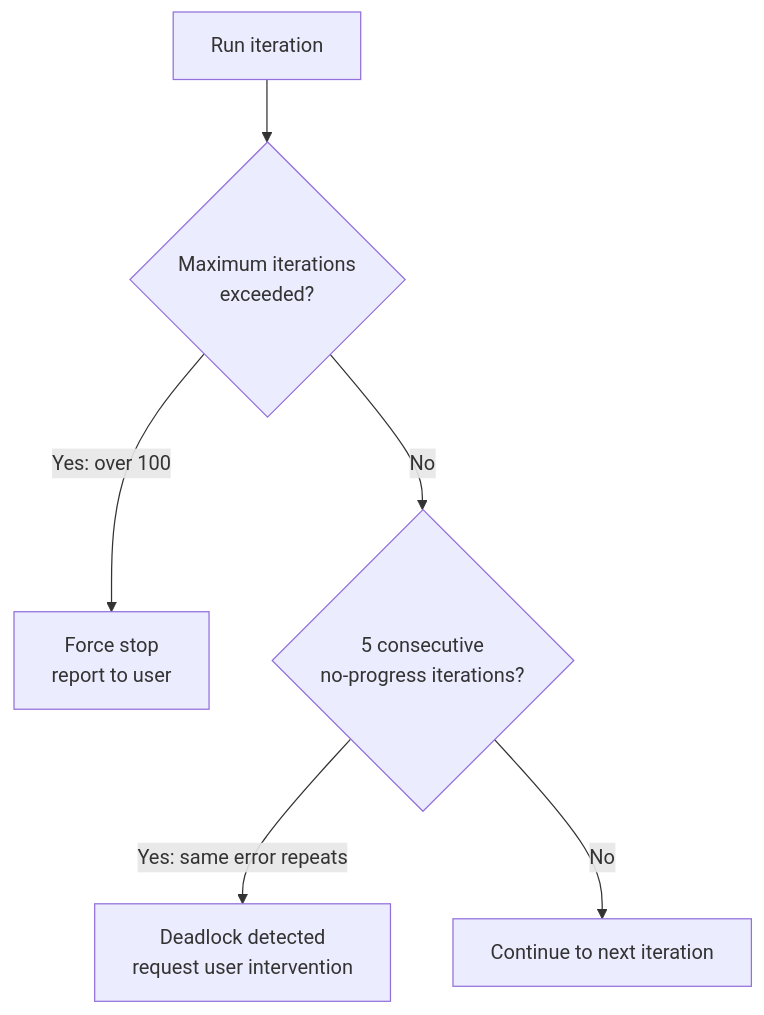
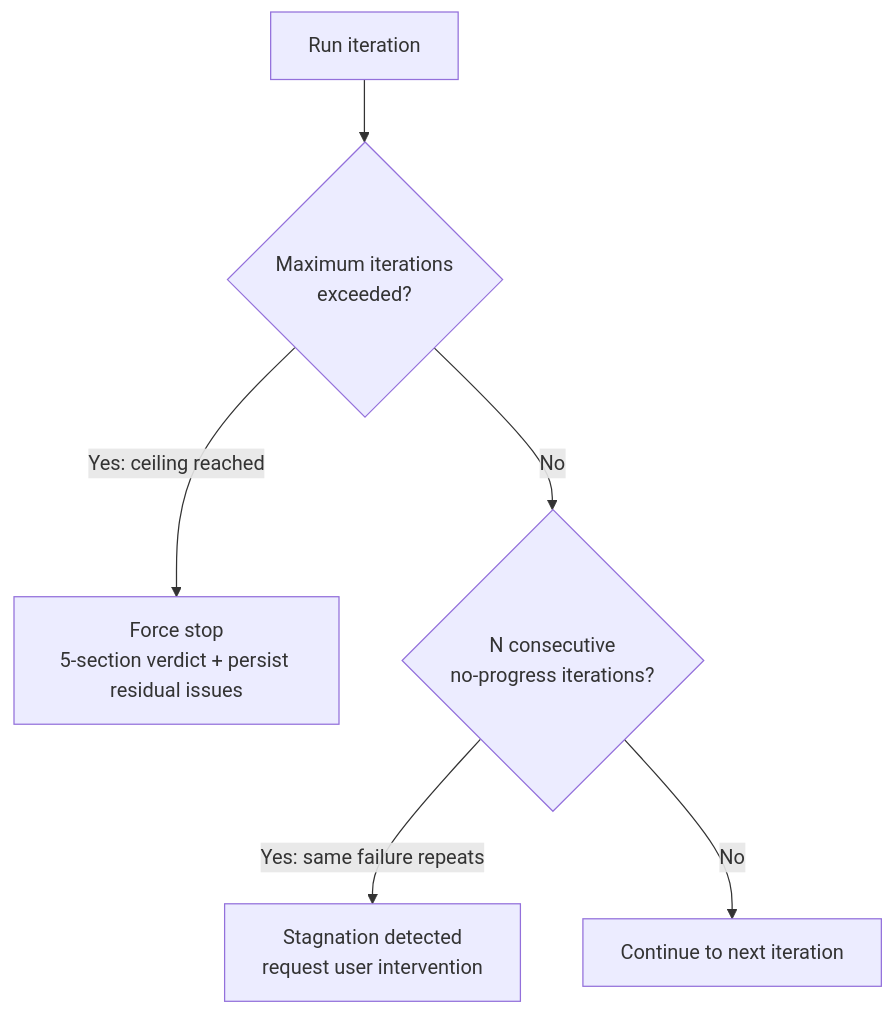
The second of 4 diagrams in docs-site/content/en/utility-commands/moai-loop.md (modu-ai/moai-adk), drawn with Mermaid before and after one commit. The commit also changed other lines of this file and 180 other files, not shown here.

````diff
--- a/docs-site/content/en/utility-commands/moai-loop.md
+++ b/docs-site/content/en/utility-commands/moai-loop.md
@@ -150,8 +162,8 @@
 ```mermaid
 flowchart TD
     A[Run iteration] --> B{Maximum iterations<br/>exceeded?}
-    B -->|Yes: over 100| C["Force stop<br/>report to user"]
-    B -->|No| D{5 consecutive<br/>no-progress iterations?}
-    D -->|Yes: same error repeats| E["Deadlock detected<br/>request user intervention"]
+    B -->|Yes: ceiling reached| C["Force stop<br/>5-section verdict + persist residual issues"]
+    B -->|No| D{N consecutive<br/>no-progress iterations?}
+    D -->|Yes: same failure repeats| E["Stagnation detected<br/>request user intervention"]
     D -->|No| F[Continue to next iteration]
 ```
````
